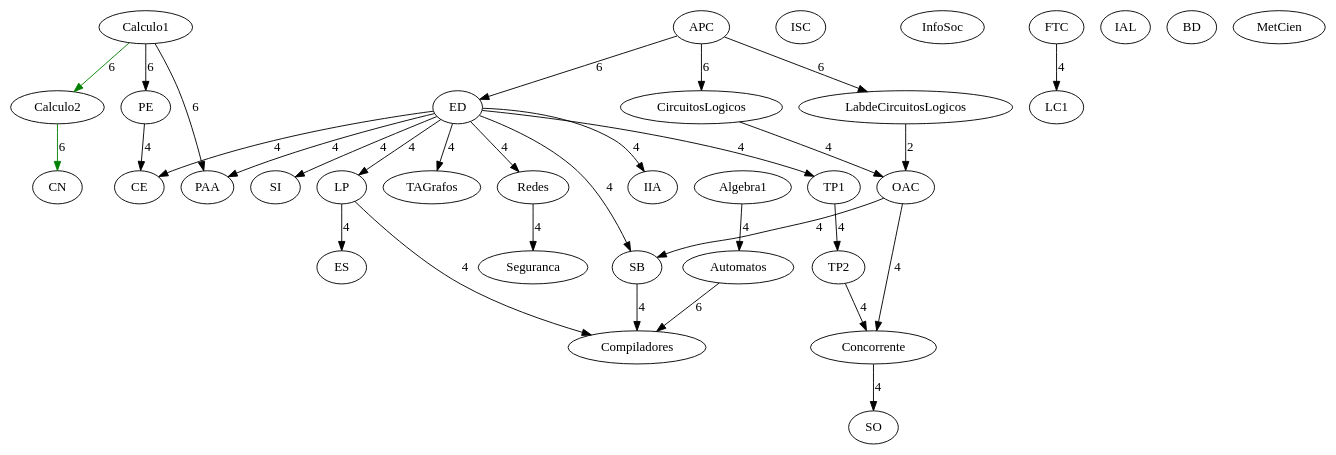
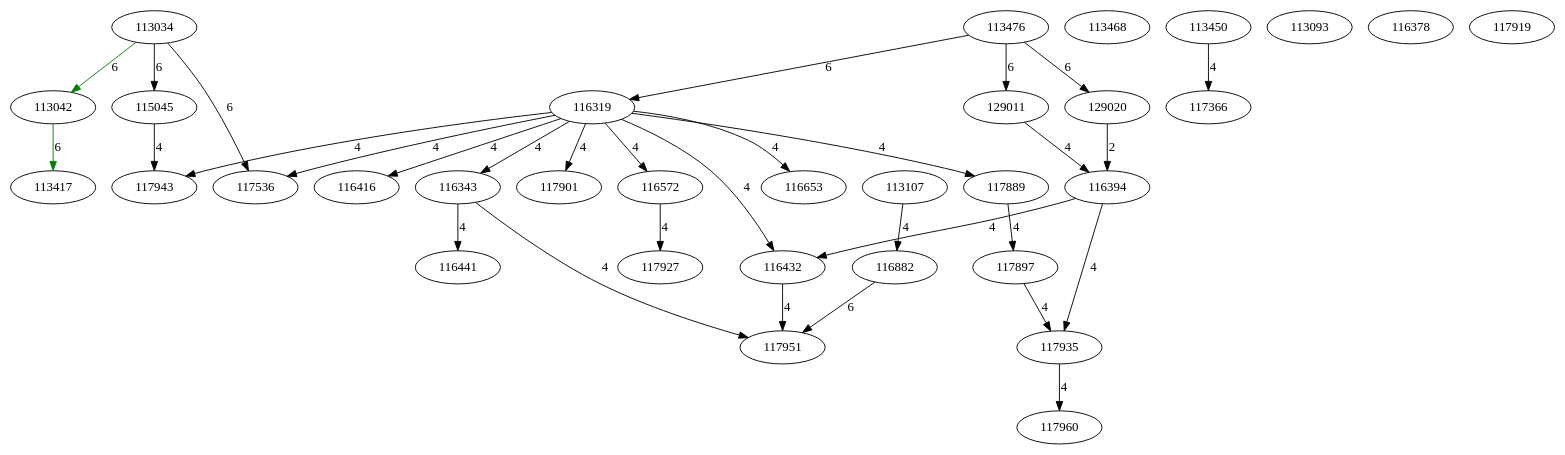
The diagram in second_critical_path.dot (jhosoume/graph_path), drawn with Graphviz before and after one commit. The commit also changed 7 other files, not shown here.

```diff
--- a/second_critical_path.dot
+++ b/second_critical_path.dot
@@ -1,66 +1,66 @@
 digraph second_critical_path {
-Calculo1 ;
-ISC ;
-APC ;
-InfoSoc ;
-FTC ;
-CircuitosLogicos ;
-LabdeCircuitosLogicos ;
-Calculo2 ;
-IAL ;
-ED ;
-OAC ;
-TP1 ;
-Algebra1 ;
-CN ;
-PE ;
-LC1 ;
-TP2 ;
-TAGrafos ;
-Redes ;
-LP ;
-Concorrente ;
-ES ;
-BD ;
-IIA ;
-SB ;
-SO ;
-Automatos ;
-SI ;
-CE ;
-PAA ;
-Compiladores ;
-Seguranca ;
-MetCien ;
-Calculo1 -> PAA [label = 6 ] ;
-Calculo1 -> PE [label = 6 ] ;
-Calculo1 -> Calculo2 [label = 6, color = green ] ;
-APC -> ED [label = 6 ] ;
-APC -> LabdeCircuitosLogicos [label = 6 ] ;
-APC -> CircuitosLogicos [label = 6 ] ;
-FTC -> LC1 [label = 4 ] ;
-CircuitosLogicos -> OAC [label = 4 ] ;
-LabdeCircuitosLogicos -> OAC [label = 2 ] ;
-Calculo2 -> CN [label = 6, color = green ] ;
-ED -> PAA [label = 4 ] ;
-ED -> CE [label = 4 ] ;
-ED -> SI [label = 4 ] ;
-ED -> SB [label = 4 ] ;
-ED -> IIA [label = 4 ] ;
-ED -> LP [label = 4 ] ;
-ED -> Redes [label = 4 ] ;
-ED -> TAGrafos [label = 4 ] ;
-ED -> TP1 [label = 4 ] ;
-OAC -> SB [label = 4 ] ;
-OAC -> Concorrente [label = 4 ] ;
-TP1 -> TP2 [label = 4 ] ;
-Algebra1 -> Automatos [label = 4 ] ;
-PE -> CE [label = 4 ] ;
-TP2 -> Concorrente [label = 4 ] ;
-Redes -> Seguranca [label = 4 ] ;
-LP -> Compiladores [label = 4 ] ;
-LP -> ES [label = 4 ] ;
-Concorrente -> SO [label = 4 ] ;
-SB -> Compiladores [label = 4 ] ;
-Automatos -> Compiladores [label = 6 ] ;
+113034 ;
+113468 ;
+113476 ;
+113476 ;
+113450 ;
+129011 ;
+129020 ;
+113042 ;
+113093 ;
+116319 ;
+116394 ;
+117889 ;
+113107 ;
+113417 ;
+115045 ;
+117366 ;
+117897 ;
+117901 ;
+116572 ;
+116343 ;
+117935 ;
+116441 ;
+116378 ;
+116653 ;
+116432 ;
+117960 ;
+116882 ;
+116416 ;
+117943 ;
+117536 ;
+117951 ;
+117927 ;
+117919 ;
+113034 -> 117536 [label = 6 ] ;
+113034 -> 115045 [label = 6 ] ;
+113034 -> 113042 [label = 6, color = green ] ;
+113476 -> 116319 [label = 6 ] ;
+113476 -> 129020 [label = 6 ] ;
+113476 -> 129011 [label = 6 ] ;
+113450 -> 117366 [label = 4 ] ;
+129011 -> 116394 [label = 4 ] ;
+129020 -> 116394 [label = 2 ] ;
+113042 -> 113417 [label = 6, color = green ] ;
+116319 -> 117536 [label = 4 ] ;
+116319 -> 117943 [label = 4 ] ;
+116319 -> 116416 [label = 4 ] ;
+116319 -> 116432 [label = 4 ] ;
+116319 -> 116653 [label = 4 ] ;
+116319 -> 116343 [label = 4 ] ;
+116319 -> 116572 [label = 4 ] ;
+116319 -> 117901 [label = 4 ] ;
+116319 -> 117889 [label = 4 ] ;
+116394 -> 116432 [label = 4 ] ;
+116394 -> 117935 [label = 4 ] ;
+117889 -> 117897 [label = 4 ] ;
+113107 -> 116882 [label = 4 ] ;
+115045 -> 117943 [label = 4 ] ;
+117897 -> 117935 [label = 4 ] ;
+116572 -> 117927 [label = 4 ] ;
+116343 -> 117951 [label = 4 ] ;
+116343 -> 116441 [label = 4 ] ;
+117935 -> 117960 [label = 4 ] ;
+116432 -> 117951 [label = 4 ] ;
+116882 -> 117951 [label = 6 ] ;
 }
```
